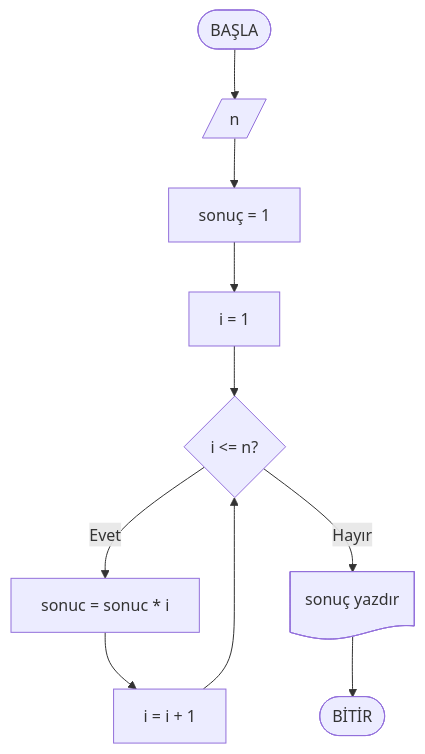
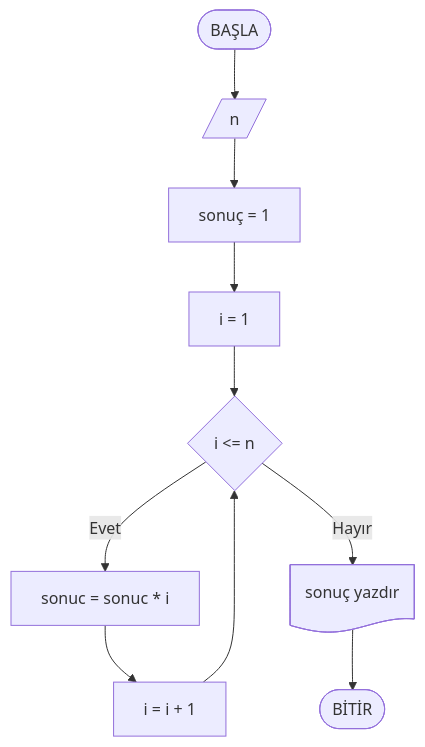
One commit to ibrahimayaz/Algoritma-ve-Programlamaya-Giris-2025 changed the fourth of 10 diagrams in Hafta02/ders_icerik.md. Above: the diagram before and after it, drawn with Mermaid. The commit also changed other lines of this file, not shown here.

Commit message:
Hafta02deki fibonacci  hatalari duzeltildi

````diff
--- a/Hafta02/ders_icerik.md
+++ b/Hafta02/ders_icerik.md
@@ -484,7 +484,7 @@
 ```mermaid
 flowchart TD
   start([BAŞLA]) --> nin[/n/] --> init1[sonuç = 1] --> init2[i = 1]
-  init2 --> loop{i <= n?}
+  init2 --> loop{i <= n}
   loop -- Evet --> mult[sonuc = sonuc * i] --> inc[i = i + 1] --> loop
   loop -- Hayır --> out@{ shape: doc, label: "sonuç yazdır" } --> endNode([BİTİR])
 ```
````
